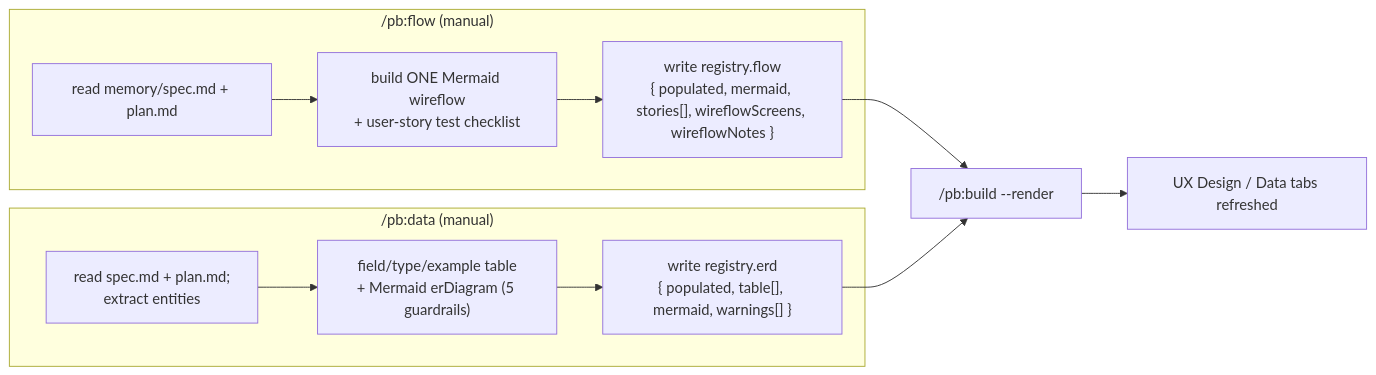
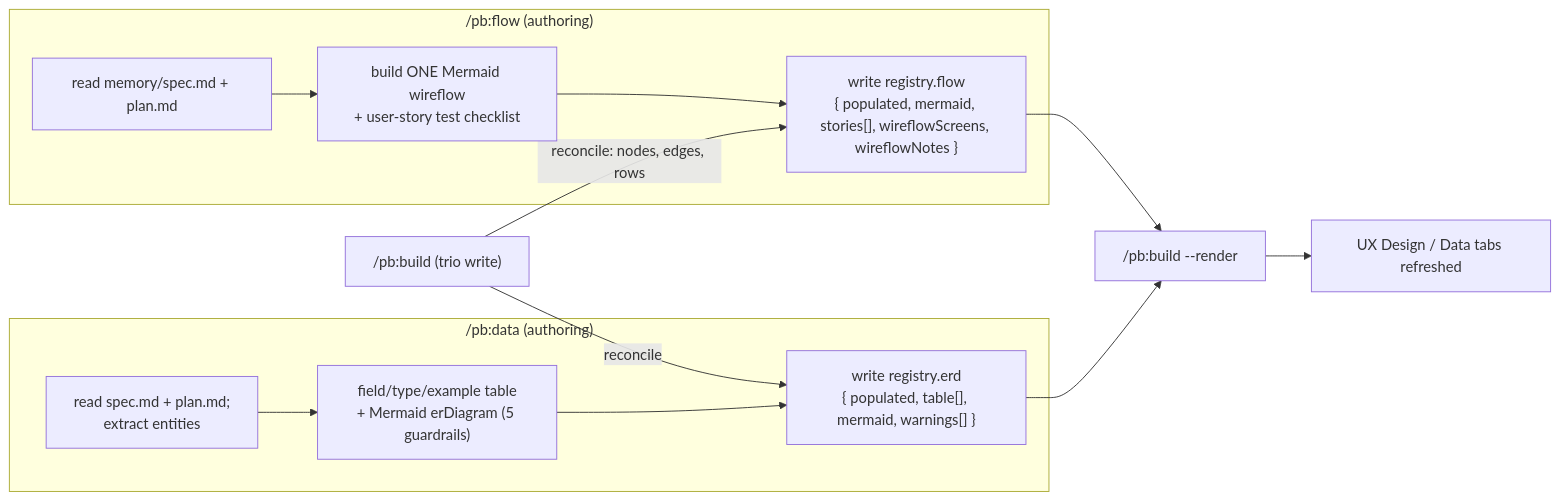
The third of 4 diagrams in docs/data-flow.md (danhnbui/prototype-builder), drawn with Mermaid before and after one commit. The commit also changed other lines of this file and 20 other files, not shown here.

````diff
--- a/docs/data-flow.md
+++ b/docs/data-flow.md
@@ -91,14 +93,16 @@
 ```mermaid
 flowchart LR
-  subgraph flow["/pb:flow (manual)"]
+  subgraph flow["/pb:flow (authoring)"]
     F1["read memory/spec.md + plan.md"] --> F2["build ONE Mermaid wireflow<br/>+ user-story test checklist"]
     F2 --> F3["write registry.flow<br/>{ populated, mermaid, stories[], wireflowScreens, wireflowNotes }"]
   end
-  subgraph erd["/pb:data (manual)"]
+  subgraph erd["/pb:data (authoring)"]
     E1["read spec.md + plan.md;<br/>extract entities"] --> E2["field/type/example table<br/>+ Mermaid erDiagram (5 guardrails)"]
     E2 --> E3["write registry.erd<br/>{ populated, table[], mermaid, warnings[] }"]
   end
   F3 --> RENDER["/pb:build --render"]
   E3 --> RENDER
+  BUILD["/pb:build (trio write)"] -- "reconcile: nodes, edges, rows" --> F3
+  BUILD -- "reconcile" --> E3
   RENDER --> VIEW["UX Design / Data tabs refreshed"]
 ```
````
